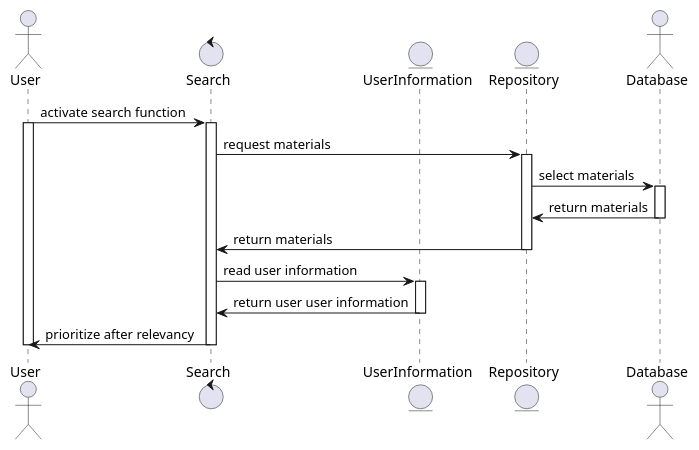
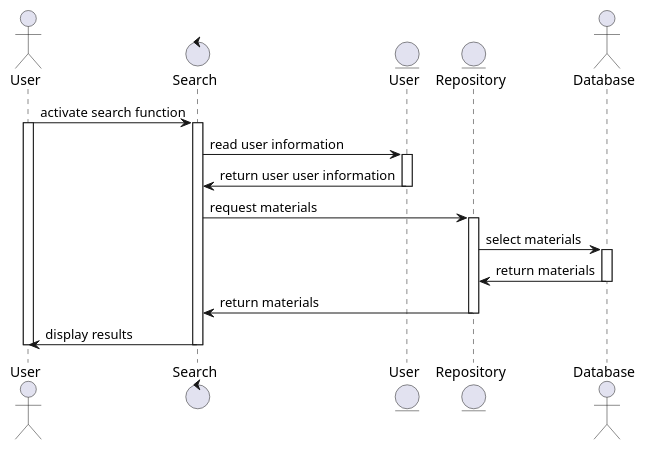
One commit to toffernator/blueberry changed the diagram in docs/uml/search-sequence.puml. Above: the diagram before and after it, drawn with PlantUML. The commit also changed 2 other files, not shown here.

Commit message:
Update diagrams to better match program

```diff
--- a/docs/uml/search-sequence.puml
+++ b/docs/uml/search-sequence.puml
@@ -1,33 +1,35 @@
 @startuml
 
 actor User as user
 control Search as search
-entity UserInformation as userInformation
+entity User as userInformation
 entity  Repository as repository
 actor Database as database
 
 user -> search : activate search function
 activate user
 
 activate search
+
+search -> userInformation : read user information
+activate userInformation
+userInformation -> search : return user user information
+deactivate userInformation
+
+
 search -> repository : request materials
 activate repository
 
 repository -> database : select materials
 activate database
 database -> repository : return materials
 deactivate database
 
 repository -> search : return materials
 deactivate repository
 
-search -> userInformation : read user information
-activate userInformation
-userInformation -> search : return user user information
-deactivate userInformation
-
-search -> user : prioritize after relevancy
+search -> user : display results 
 deactivate search
 deactivate user
 
 @enduml
```
